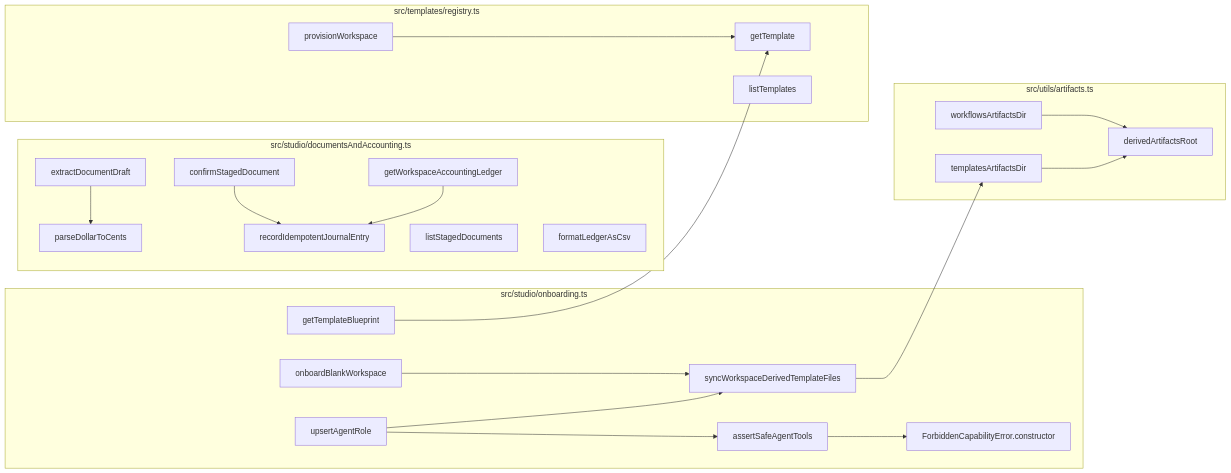
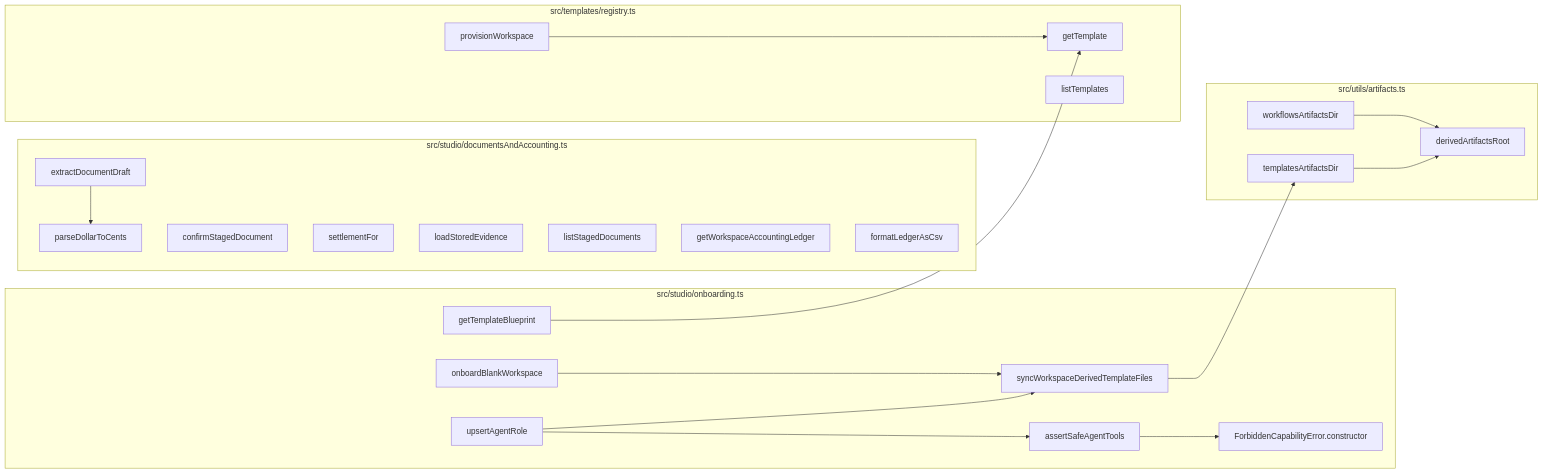
One commit to Jaydearcadian/bind changed the sixth of 8 diagrams in docs/CODEBASE_MAP.md. Above: the diagram before and after it, drawn with Mermaid. The commit also changed other lines of this file and 11 other files, not shown here.

````diff
--- a/docs/CODEBASE_MAP.md
+++ b/docs/CODEBASE_MAP.md
@@ -279,42 +285,41 @@
 ```mermaid
 flowchart LR
   subgraph F0["src/studio/documentsAndAccounting.ts"]
-    n91["parseDollarToCents"]
-    n92["extractDocumentDraft"]
-    n93["confirmStagedDocument"]
-    n94["recordIdempotentJournalEntry"]
-    n95["listStagedDocuments"]
-    n96["getWorkspaceAccountingLedger"]
-    n97["formatLedgerAsCsv"]
+    n92["parseDollarToCents"]
+    n93["extractDocumentDraft"]
+    n94["confirmStagedDocument"]
+    n95["settlementFor"]
+    n96["loadStoredEvidence"]
+    n97["listStagedDocuments"]
+    n98["getWorkspaceAccountingLedger"]
+    n99["formatLedgerAsCsv"]
   end
   subgraph F1["src/studio/onboarding.ts"]
-    n98["ForbiddenCapabilityError.constructor"]
-    n99["assertSafeAgentTools"]
-    n100["getTemplateBlueprint"]
-    n101["onboardBlankWorkspace"]
-    n102["upsertAgentRole"]
-    n103["syncWorkspaceDerivedTemplateFiles"]
+    n100["ForbiddenCapabilityError.constructor"]
+    n101["assertSafeAgentTools"]
+    n102["getTemplateBlueprint"]
+    n103["onboardBlankWorkspace"]
+    n104["upsertAgentRole"]
+    n105["syncWorkspaceDerivedTemplateFiles"]
   end
   subgraph F2["src/templates/registry.ts"]
-    n104["getTemplate"]
-    n105["listTemplates"]
-    n106["provisionWorkspace"]
+    n106["getTemplate"]
+    n107["listTemplates"]
+    n108["provisionWorkspace"]
   end
   subgraph F3["src/utils/artifacts.ts"]
-    n107["derivedArtifactsRoot"]
-    n108["workflowsArtifactsDir"]
-    n109["templatesArtifactsDir"]
+    n109["derivedArtifactsRoot"]
+    n110["workflowsArtifactsDir"]
+    n111["templatesArtifactsDir"]
   end
-  n92 --> n91
-  n93 --> n94
-  n96 --> n94
-  n99 --> n98
-  n100 --> n104
-  n101 --> n103
-  n102 --> n99
-  n102 --> n103
-  n103 --> n109
-  n106 --> n104
-  n108 --> n107
-  n109 --> n107
+  n93 --> n92
+  n101 --> n100
+  n102 --> n106
+  n103 --> n105
+  n104 --> n101
+  n104 --> n105
+  n105 --> n111
+  n108 --> n106
+  n110 --> n109
+  n111 --> n109
 ```
````
